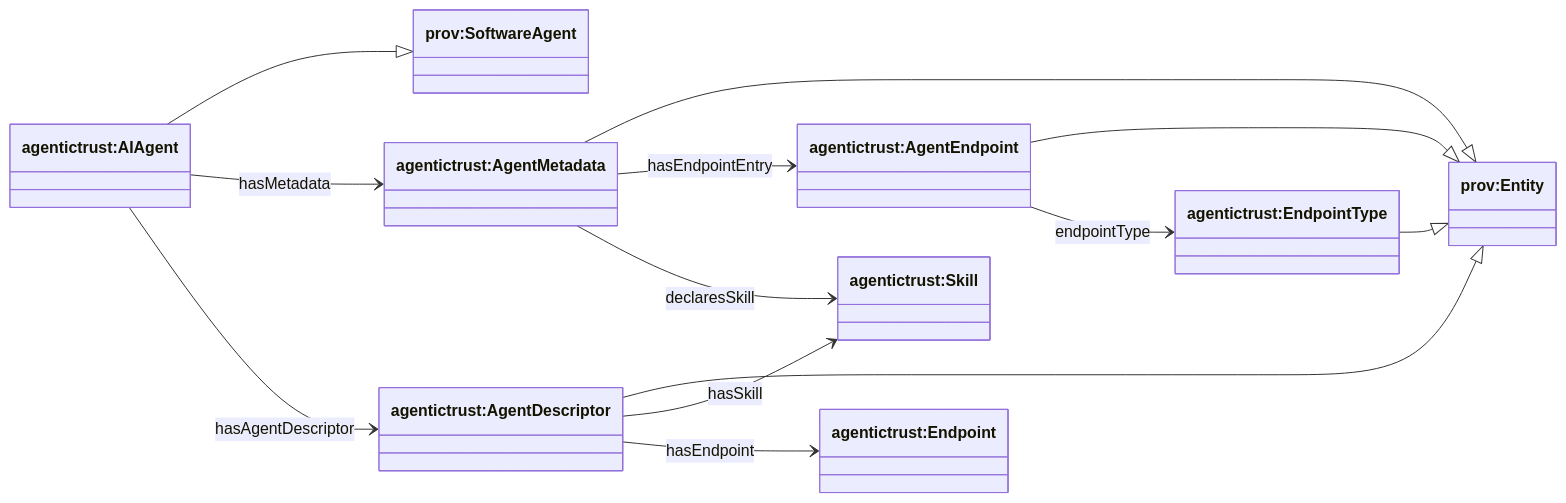
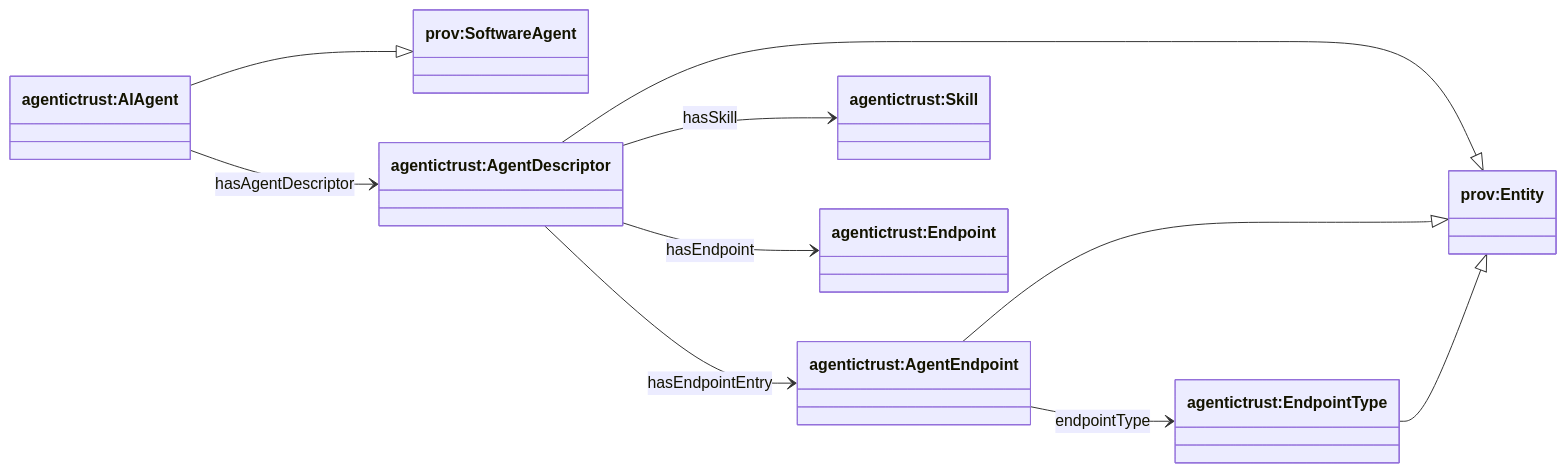
The second of 2 diagrams in docs/ontology/agentictrust-overview.md (Agentic-Trust-Layer/agent-explorer), drawn with Mermaid before and after one commit. The commit also changed 29 other files, not shown here.

````diff
--- a/docs/ontology/agentictrust-overview.md
+++ b/docs/ontology/agentictrust-overview.md
@@ -84,29 +84,25 @@
 ```mermaid
 classDiagram
 direction LR
 
 class provSoftwareAgent["prov:SoftwareAgent"]
 class provEntity["prov:Entity"]
 
 class AIAgent["agentictrust:AIAgent"]
-class AgentMetadata["agentictrust:AgentMetadata"]
 class AgentDescriptor["agentictrust:AgentDescriptor"]
 class AgentEndpoint["agentictrust:AgentEndpoint"]
 class EndpointType["agentictrust:EndpointType"]
 
 AIAgent --|> provSoftwareAgent
-AgentMetadata --|> provEntity
 AgentDescriptor --|> provEntity
 AgentEndpoint --|> provEntity
 EndpointType --|> provEntity
 
-AIAgent --> AgentMetadata : hasMetadata
 AIAgent --> AgentDescriptor : hasAgentDescriptor
-AgentMetadata --> AgentEndpoint : hasEndpointEntry
+AgentDescriptor --> AgentEndpoint : hasEndpointEntry
 AgentEndpoint --> EndpointType : endpointType
-AgentMetadata --> Skill : declaresSkill
 AgentDescriptor --> Skill : hasSkill
 AgentDescriptor --> Endpoint : hasEndpoint
 class Skill["agentictrust:Skill"]
 class Endpoint["agentictrust:Endpoint"]
 ```
````
